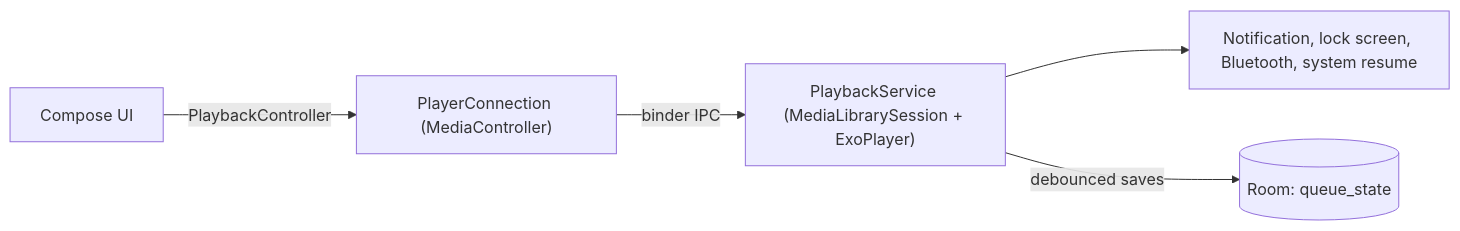
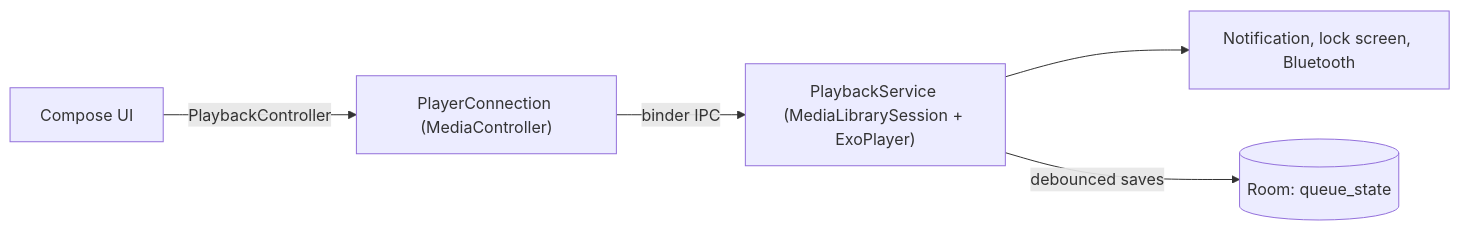
The second of 2 diagrams in README.md (RajdeepKonwar/BarePlayer), drawn with Mermaid before and after one commit. The commit also changed other lines of this file and 227 other files, not shown here.

````diff
--- a/README.md
+++ b/README.md
@@ -128,7 +128,7 @@
 ```mermaid
 flowchart LR
     UI["Compose UI"] -->|PlaybackController| conn["PlayerConnection (MediaController)"]
     conn -->|"binder IPC"| svc["PlaybackService (MediaLibrarySession + ExoPlayer)"]
-    svc --> sys["Notification, lock screen, Bluetooth, system resume"]
+    svc --> sys["Notification, lock screen, Bluetooth"]
     svc -->|"debounced saves"| room[("Room: queue_state")]
 ```
````
